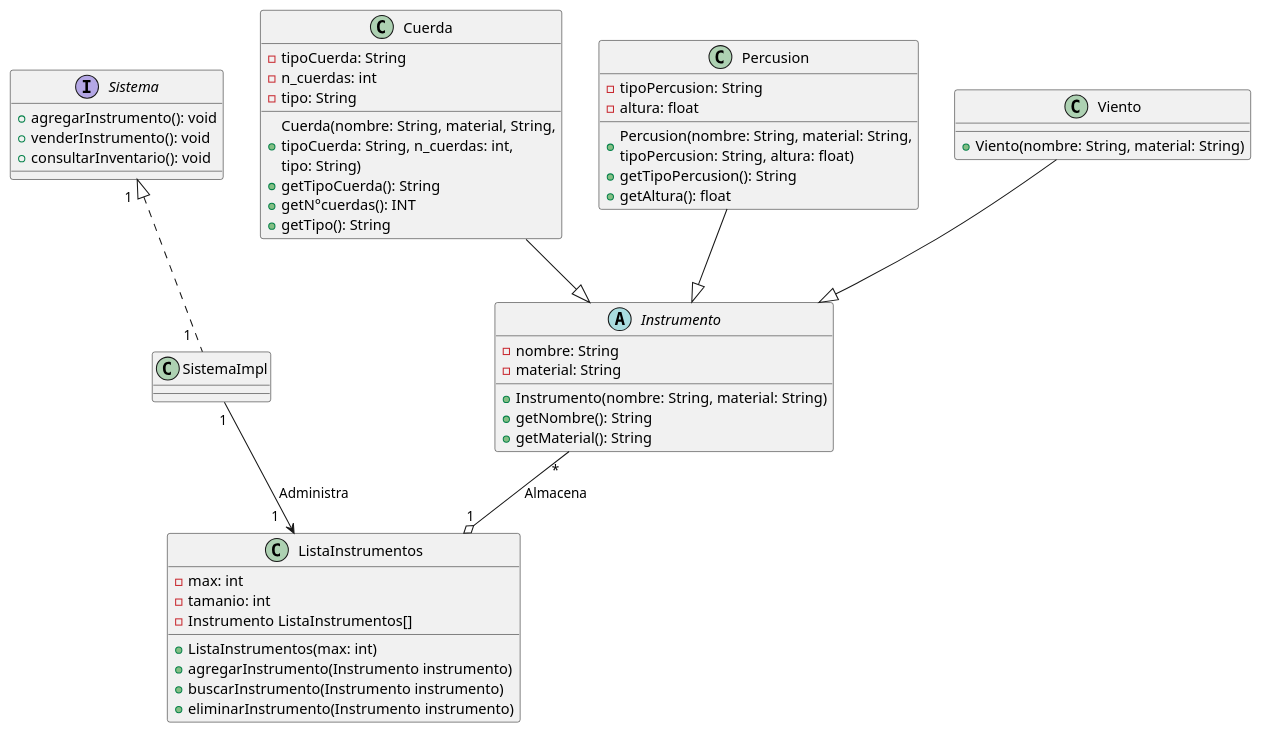
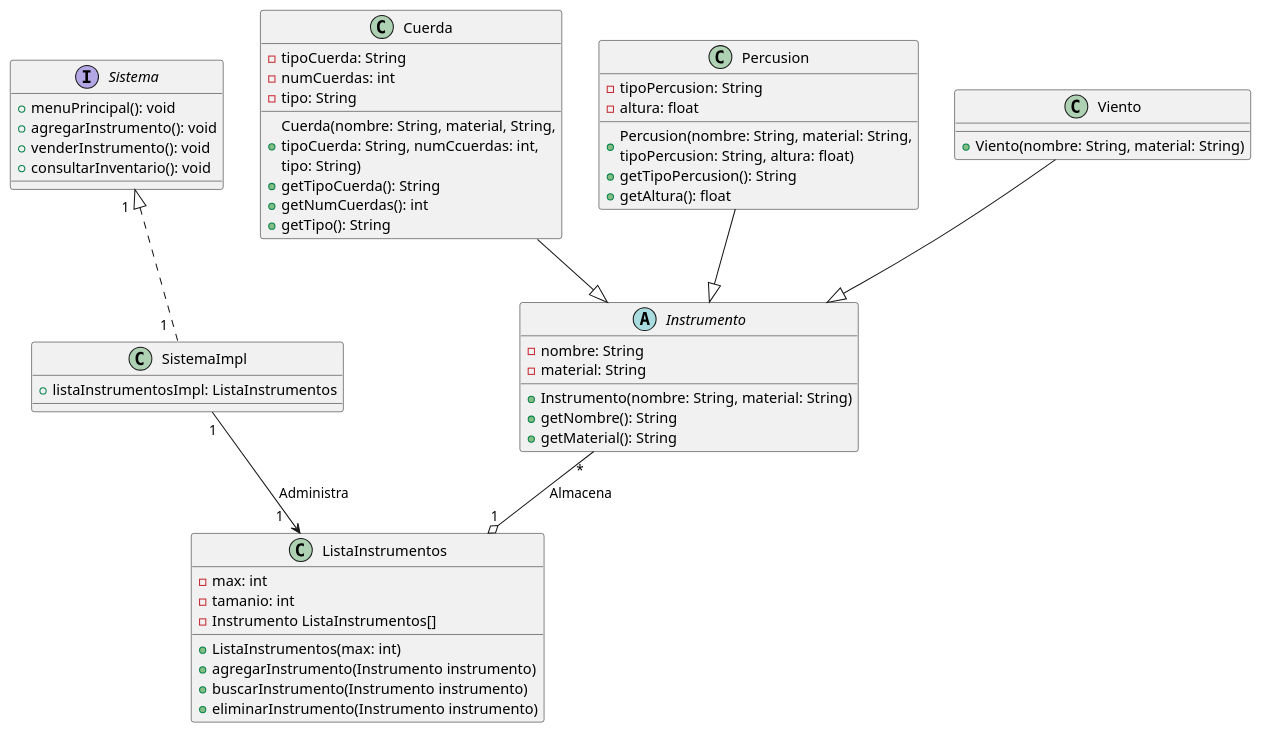
The diagram in Clases.puml (AlbertoLyons/Taller-3), drawn with PlantUML before and after one commit. The commit also changed 6 other files, not shown here.

```diff
--- a/Clases.puml
+++ b/Clases.puml
@@ -1,52 +1,54 @@
 @startuml
 abstract Instrumento {
 -{field} nombre: String
 -{field} material: String
 +{method} Instrumento(nombre: String, material: String)
 +{method} getNombre(): String
 +{method} getMaterial(): String
 }
 class Cuerda {
 -{field} tipoCuerda: String
--{field} n_cuerdas: int
+-{field} numCuerdas: int
 -{field} tipo: String
-+{method} Cuerda(nombre: String, material, String,\ntipoCuerda: String, n_cuerdas: int,\ntipo: String)
++{method} Cuerda(nombre: String, material, String,\ntipoCuerda: String, numCcuerdas: int,\ntipo: String)
 +{method} getTipoCuerda(): String
-+{method} getN°cuerdas(): INT
++{method} getNumCuerdas(): int
 +{method} getTipo(): String
 }
 class Percusion {
 -{field} tipoPercusion: String
 -{field} altura: float
 +{method} Percusion(nombre: String, material: String,\ntipoPercusion: String, altura: float)
 +{method} getTipoPercusion(): String
 +{method} getAltura(): float
 }
 class Viento {
 +{method} Viento(nombre: String, material: String)
 }
 class ListaInstrumentos {
 -{field} max: int
 -{field} tamanio: int
 -{field} Instrumento ListaInstrumentos[]
 +{method} ListaInstrumentos(max: int)
 +{method} agregarInstrumento(Instrumento instrumento)
 +{method} buscarInstrumento(Instrumento instrumento)
 +{method} eliminarInstrumento(Instrumento instrumento)
 }
 interface Sistema {
++{field} menuPrincipal(): void
 +{field} agregarInstrumento(): void
 +{field} venderInstrumento(): void
 +{field} consultarInventario(): void
 }
 class SistemaImpl {
++{field}listaInstrumentosImpl: ListaInstrumentos
 }
 Sistema "1  " <|.. "1  " SistemaImpl
 Cuerda  --|>  Instrumento
 Percusion  --|>  Instrumento
 Viento  --|>  Instrumento
 SistemaImpl "1" --> "1   " ListaInstrumentos : Administra
 Instrumento "*" --o "1" ListaInstrumentos : Almacena
 
 
 @enduml
```
